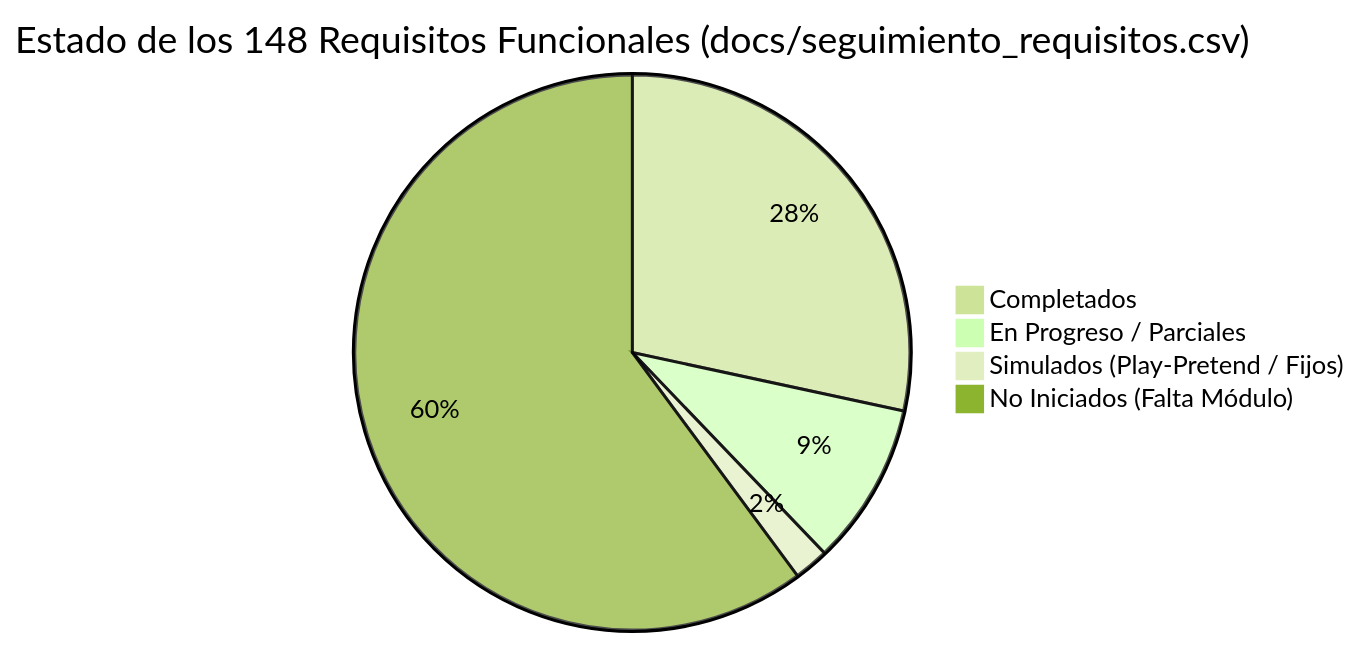
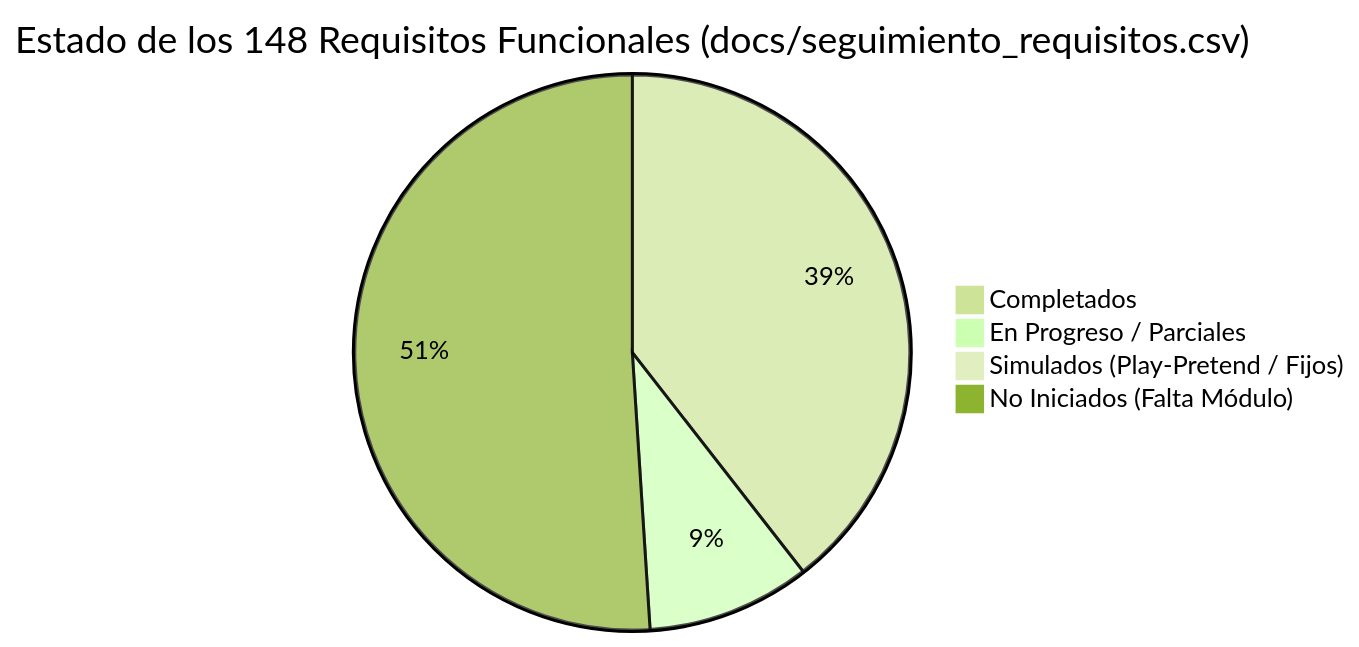
Before and after one commit to MatthewR54/Vivero: the first of 2 diagrams in ROADMAP.md, drawn with Mermaid (forest theme). The commit also changed other lines of this file and 6 other files, not shown here.

````diff
--- a/ROADMAP.md
+++ b/ROADMAP.md
@@ -11,7 +11,7 @@
 ```mermaid
 pie title Estado de los 148 Requisitos Funcionales (docs/seguimiento_requisitos.csv)
-    "Completados" : 42
+    "Completados" : 58
     "En Progreso / Parciales" : 14
-    "Simulados (Play-Pretend / Fijos)" : 3
-    "No Iniciados (Falta Módulo)" : 89
+    "Simulados (Play-Pretend / Fijos)" : 1
+    "No Iniciados (Falta Módulo)" : 75
 ```
````
